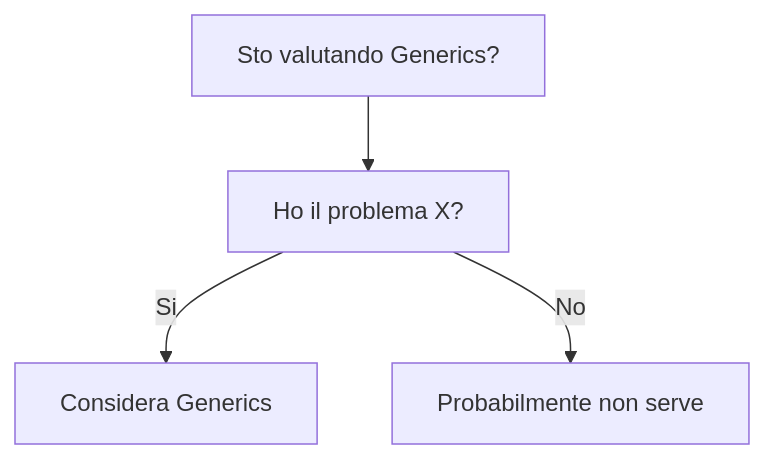
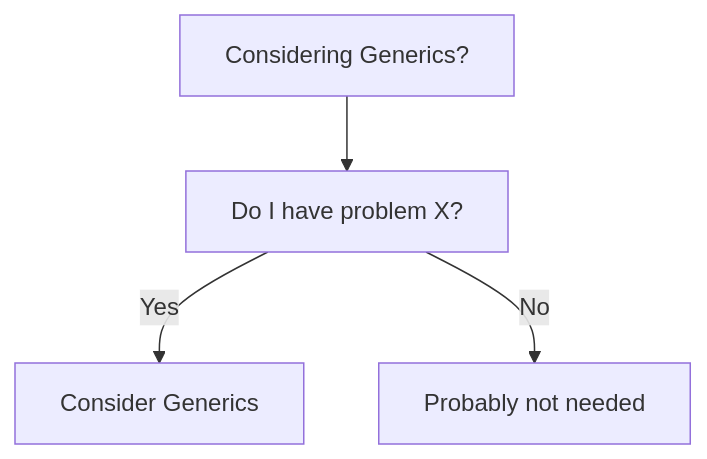
Before and after one commit to HxT9/Software-Dev-Wiki: the diagram in dev-wiki/14_Languages/TypeScript/Generics/When_To_Use.md, drawn with Mermaid. The commit also changed other lines of this file and 3444 other files, not shown here.

````diff
--- a/dev-wiki/14_Languages/TypeScript/Generics/When_To_Use.md
+++ b/dev-wiki/14_Languages/TypeScript/Generics/When_To_Use.md
@@ -19,6 +19,6 @@
 ```mermaid
 flowchart TD
-  Q[Sto valutando Generics?] --> Q1[Ho il problema X?]
-  Q1 -->|Si| OK[Considera Generics]
-  Q1 -->|No| NO[Probabilmente non serve]
+  Q[Considering Generics?] --> Q1[Do I have problem X?]
+  Q1 -->|Yes| OK[Consider Generics]
+  Q1 -->|No| NO[Probably not needed]
 ```
````
